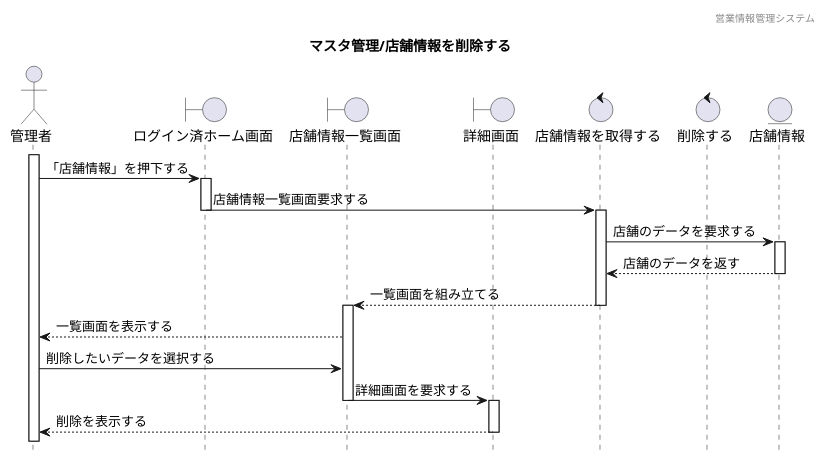
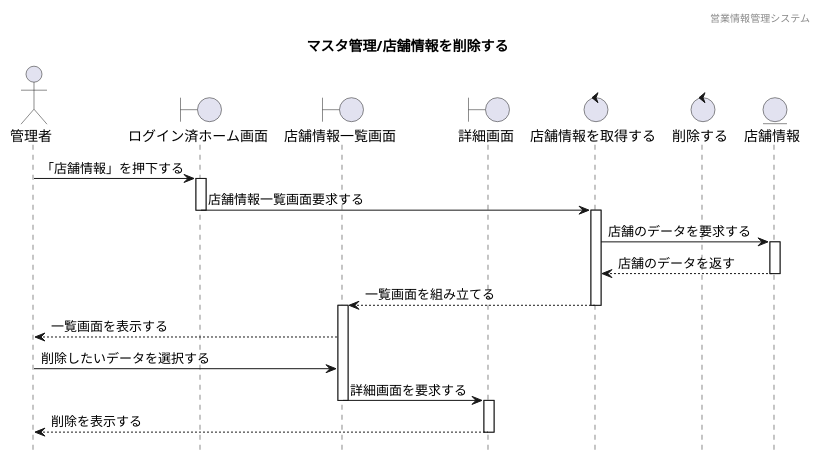
One commit to HaruShim/Sotuken changed the diagram in 各種設計書/4シーケンス図/マスタ管理/2.店舗情報マスタ/店舗情報管理_削除.wsd. Above: the diagram before and after it, drawn with PlantUML. The commit also changed 12 other files, not shown here.

```diff
--- a/各種設計書/4シーケンス図/マスタ管理/2.店舗情報マスタ/店舗情報管理_削除.wsd
+++ b/各種設計書/4シーケンス図/マスタ管理/2.店舗情報マスタ/店舗情報管理_削除.wsd
@@ -1,45 +1,48 @@
 @startuml sequence
 
 hide footbox
 header 営業情報管理システム
 title マスタ管理/店舗情報を削除する
 
 ' actor "" as 
 actor "管理者" as a1 
+
 ' boundary "" as 
 boundary "ログイン済ホーム画面" as b1
 boundary "店舗情報一覧画面" as b2
 boundary "詳細画面" as b3
+
 ' control "" as 
 control "店舗情報を取得する" as c1
 control "削除する" as c2
+
 ' entity "" as
 entity "店舗情報" as e1
 
-activate a1
+
 a1 -> b1 : 「店舗情報」を押下する
 
 activate b1
 b1 -> c1 :店舗情報一覧画面要求する
 deactivate b1
 
 activate c1
 c1 -> e1 :店舗のデータを要求する
 activate e1
 e1 --> c1 :店舗のデータを返す
 deactivate e1
 c1 --> b2 : 一覧画面を組み立てる
 deactivate c1
 
 activate b2
 b2 --> a1 :一覧画面を表示する
 a1 -> b2 :削除したいデータを選択する
 b2 -> b3 :詳細画面を要求する
 deactivate b2
 
 activate b3
 b3 --> a1 :削除を表示する
 deactivate b3
 
 
 @enduml
```
